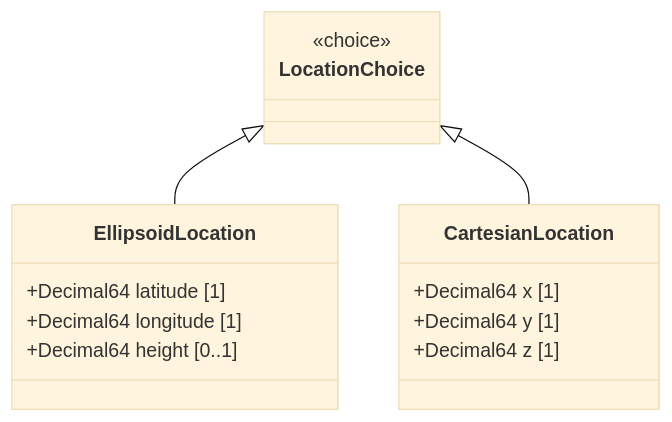
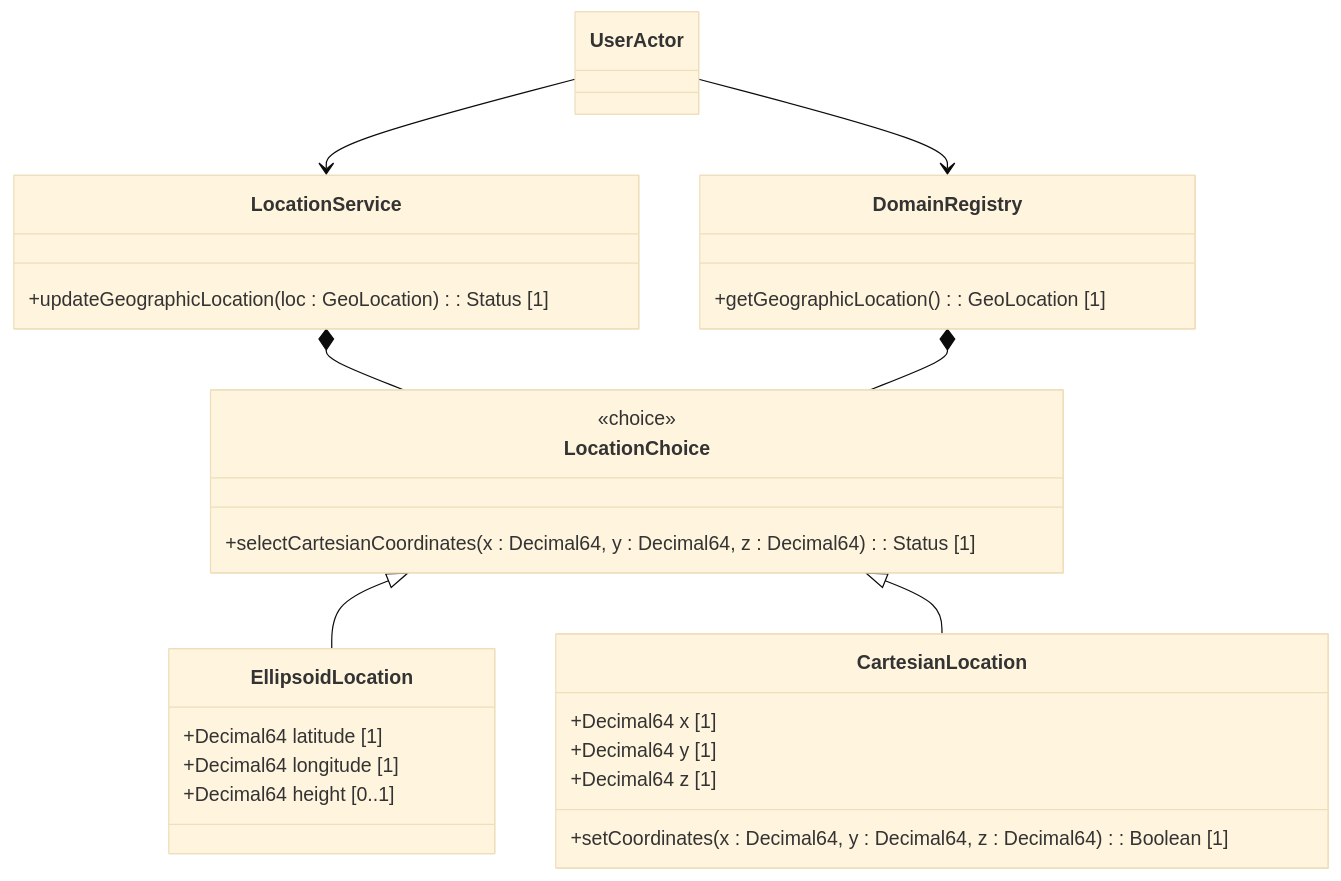
Before and after one commit to gintatkinson/dep-tst37: the diagram in docs/features/feat-02-geographic-position.md, drawn with Mermaid (base theme). The commit also changed other lines of this file and 10 other files, not shown here.

Commit message:
docs: resolve UML and linter compliance errors in specifications

````diff
--- a/docs/features/feat-02-geographic-position.md
+++ b/docs/features/feat-02-geographic-position.md
@@ -16,18 +17,33 @@
 ```mermaid
 classDiagram
+    class UserActor {
+    }
+    class DomainRegistry {
+        +getGeographicLocation() : GeoLocation [1]
+    }
+    class LocationService {
+        +updateGeographicLocation(loc : GeoLocation) : Status [1]
+    }
     class LocationChoice {
         <<choice>>
+        +selectCartesianCoordinates(x : Decimal64, y : Decimal64, z : Decimal64) : Status [1]
     }
     class EllipsoidLocation {
         +Decimal64 latitude [1]
         +Decimal64 longitude [1]
         +Decimal64 height [0..1]
     }
     class CartesianLocation {
         +Decimal64 x [1]
         +Decimal64 y [1]
         +Decimal64 z [1]
+        +setCoordinates(x : Decimal64, y : Decimal64, z : Decimal64) : Boolean [1]
     }
+
+    UserActor --> DomainRegistry
+    UserActor --> LocationService
+    LocationService *-- LocationChoice
     LocationChoice <|-- EllipsoidLocation
     LocationChoice <|-- CartesianLocation
+    DomainRegistry *-- LocationChoice
 ```
````
